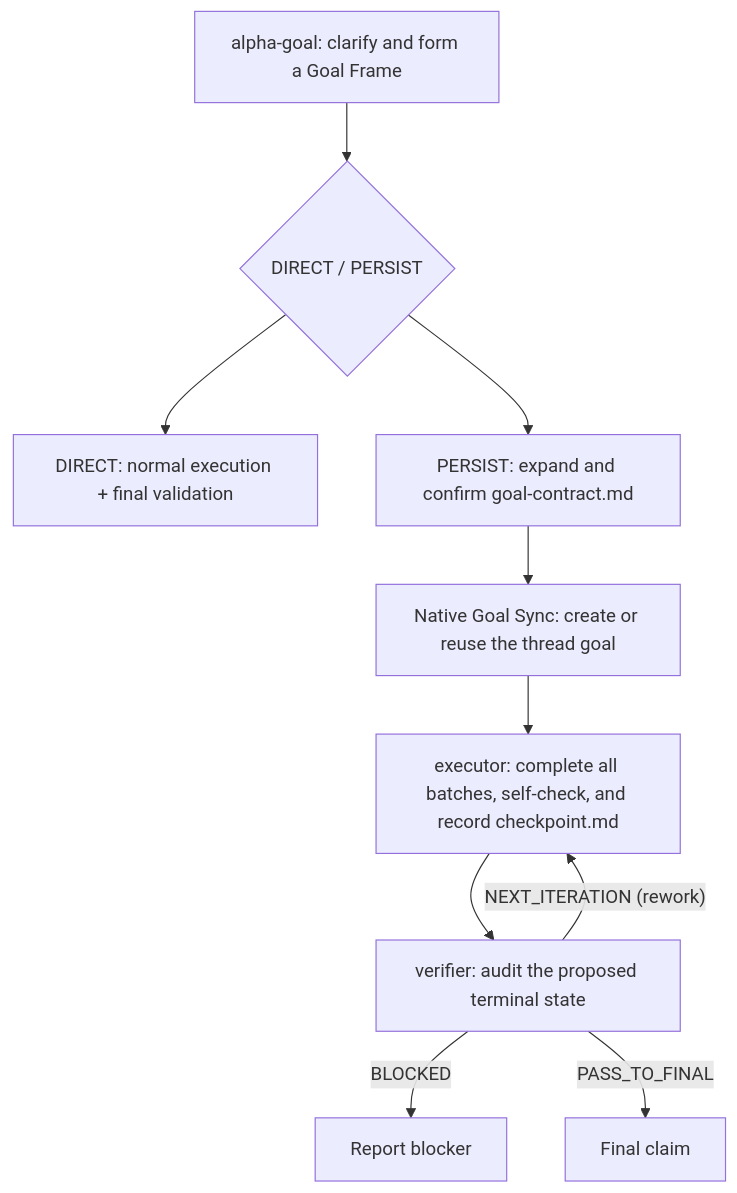
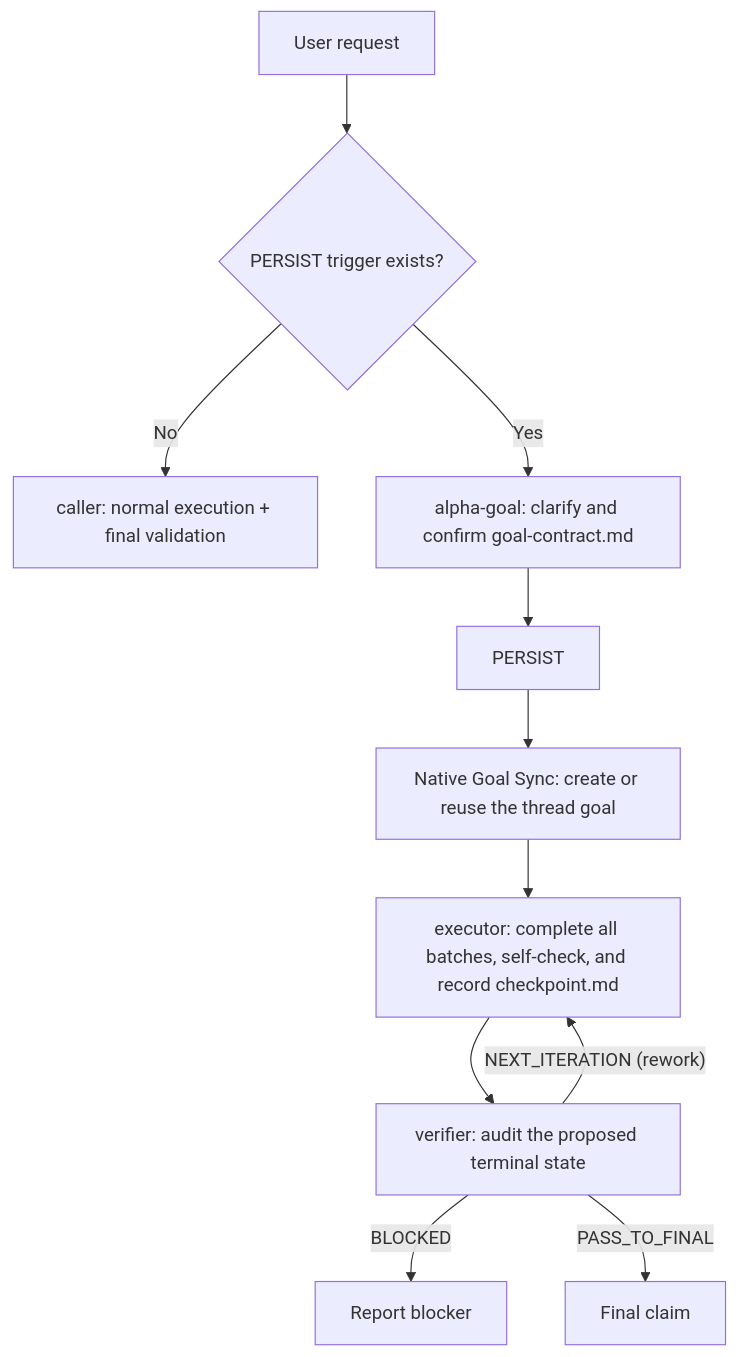
One commit to azhonglee/alpha-goal changed the diagram in README.en.md. Above: the diagram before and after it, drawn with Mermaid. The commit also changed other lines of this file and 10 other files, not shown here.

Commit message:
Narrow alpha-goal to persistent work

````diff
--- a/README.en.md
+++ b/README.en.md
@@ -42,12 +42,13 @@
 ```mermaid
 flowchart TD
-  A["alpha-goal: clarify and form a Goal Frame"] --> R{"DIRECT / PERSIST"}
-  R --> D["DIRECT: normal execution + final validation"]
-  R --> P["PERSIST: expand and confirm goal-contract.md"]
+  Q["User request"] --> R{"PERSIST trigger exists?"}
+  R -->|"No"| D["caller: normal execution + final validation"]
+  R -->|"Yes"| A["alpha-goal: clarify and confirm goal-contract.md"]
+  A --> P["PERSIST"]
   P --> S["Native Goal Sync: create or reuse the thread goal"]
   S --> E["executor: complete all batches, self-check, and record checkpoint.md"]
   E --> V["verifier: audit the proposed terminal state"]
   V -->|"NEXT_ITERATION (rework)"| E
   V -->|"BLOCKED"| B["Report blocker"]
   V -->|"PASS_TO_FINAL"| F["Final claim"]
 ```
````
